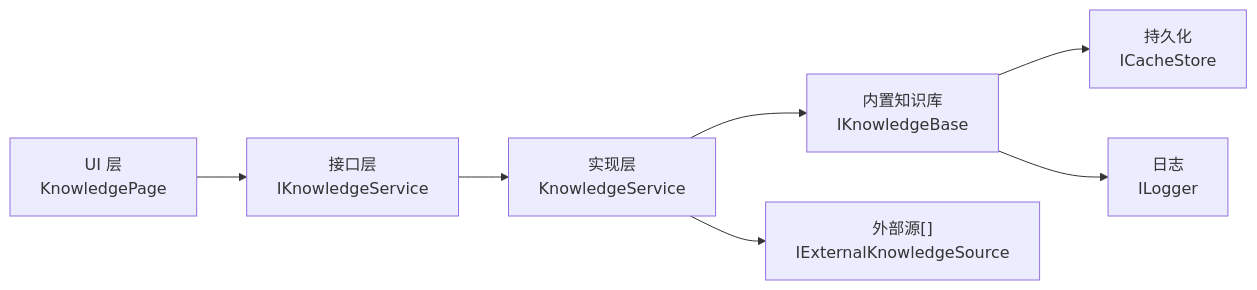
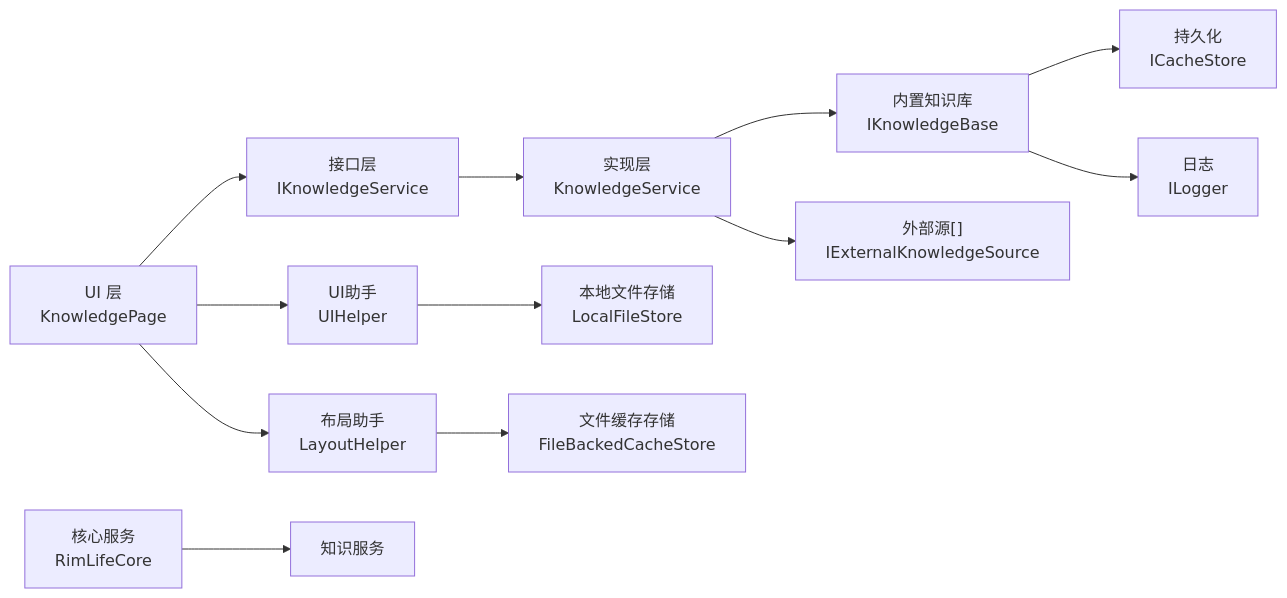
One commit to suzvka/RimLife changed the sixth of 6 diagrams in .qoder/repowiki/zh/content/用户界面系统/知识页面.md. Above: the diagram before and after it, drawn with Mermaid. The commit also changed other lines of this file and 19 other files, not shown here.

````diff
--- a/.qoder/repowiki/zh/content/用户界面系统/知识页面.md
+++ b/.qoder/repowiki/zh/content/用户界面系统/知识页面.md
@@ -266,9 +403,14 @@
 ```mermaid
 graph LR
 UI["UI 层<br/>KnowledgePage"] --> IFace["接口层<br/>IKnowledgeService"]
+UI --> UIH["UI助手<br/>UIHelper"]
+UI --> LH["布局助手<br/>LayoutHelper"]
 IFace --> Impl["实现层<br/>KnowledgeService"]
 Impl --> Base["内置知识库<br/>IKnowledgeBase"]
 Impl --> Ext["外部源[]<br/>IExternalKnowledgeSource"]
 Base --> Store["持久化<br/>ICacheStore"]
 Base --> Log["日志<br/>ILogger"]
+UIH --> LFS["本地文件存储<br/>LocalFileStore"]
+LH --> FBS["文件缓存存储<br/>FileBackedCacheStore"]
+RLC["核心服务<br/>RimLifeCore"] --> Svc["知识服务"]
 ```
````
